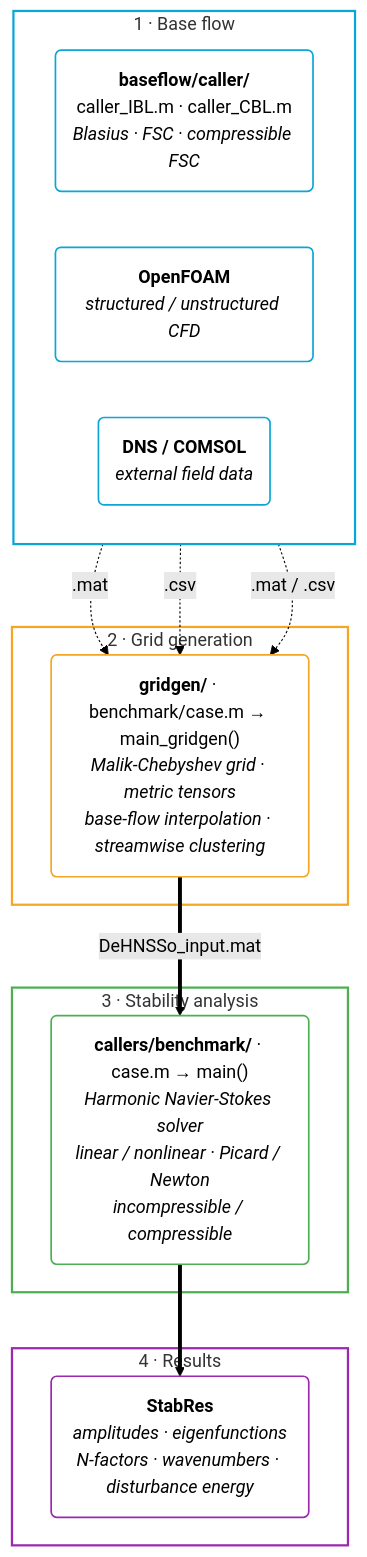
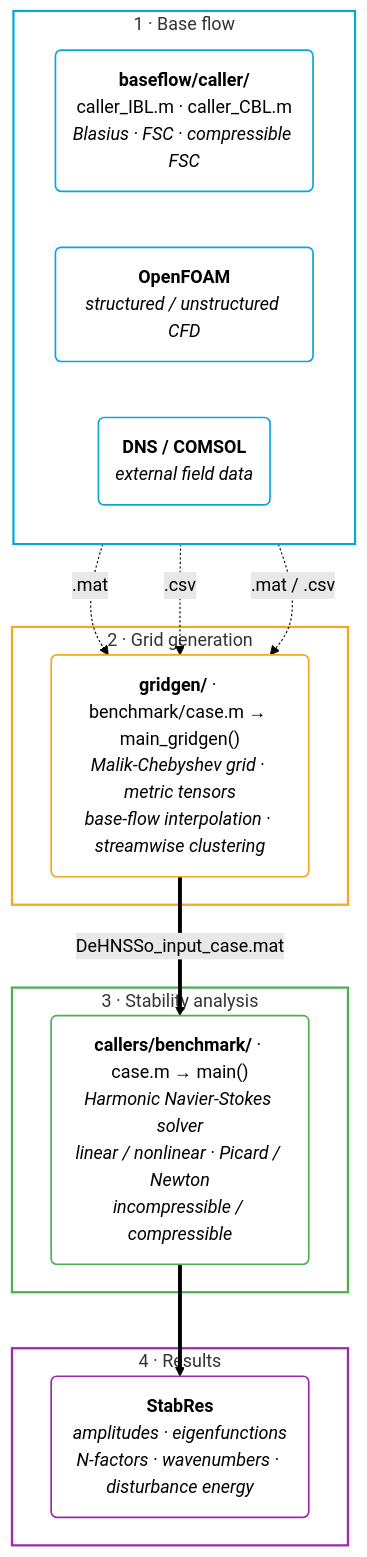
One commit to pcboldini/DeHNSSo changed the diagram in README.md. Above: the diagram before and after it, drawn with Mermaid (forest theme). The commit also changed other lines of this file and 62 other files, not shown here.

````diff
--- a/README.md
+++ b/README.md
@@ -138,37 +138,37 @@
 ```mermaid
 flowchart TD
     classDef inNode fill:none,stroke:#0aa6d6,stroke-width:1.5px;
     classDef gridNode fill:none,stroke:#f5a623,stroke-width:1.5px;
     classDef solveNode fill:none,stroke:#4caf50,stroke-width:1.5px;
     classDef outNode fill:none,stroke:#9c27b0,stroke-width:1.5px;
 
     subgraph S1 ["1 · Base flow"]
         direction LR
         IBL("<b>baseflow/caller/</b><br/>caller_IBL.m · caller_CBL.m<br/><i>Blasius · FSC · compressible FSC</i>"):::inNode
         OF("<b>OpenFOAM</b><br/><i>structured / unstructured CFD</i>"):::inNode
         DNS("<b>DNS / COMSOL</b><br/><i>external field data</i>"):::inNode
     end
 
     subgraph S2 ["2 · Grid generation"]
         GG("<b>gridgen/</b> · benchmark/case.m → main_gridgen()<br/><i>Malik-Chebyshev grid · metric tensors<br/>base-flow interpolation · streamwise clustering</i>"):::gridNode
     end
 
     subgraph S3 ["3 · Stability analysis"]
         HNS("<b>callers/benchmark/</b> · case.m → main()<br/><i>Harmonic Navier-Stokes solver<br/>linear / nonlinear · Picard / Newton<br/>incompressible / compressible</i>"):::solveNode
     end
 
     subgraph S4 ["4 · Results"]
         RES("<b>StabRes</b><br/><i>amplitudes · eigenfunctions<br/>N-factors · wavenumbers · disturbance energy</i>"):::outNode
     end
 
     IBL -. ".mat" .-> GG
     OF -. ".csv" .-> GG
     DNS -. ".mat / .csv" .-> GG
-    GG == "DeHNSSo_input.mat" ==> HNS
+    GG == "DeHNSSo_input_case.mat" ==> HNS
     HNS ==> RES
 
     style S1 fill:none,stroke:#0aa6d6,stroke-width:2px
     style S2 fill:none,stroke:#f5a623,stroke-width:2px
     style S3 fill:none,stroke:#4caf50,stroke-width:2px
     style S4 fill:none,stroke:#9c27b0,stroke-width:2px
 ```
````
